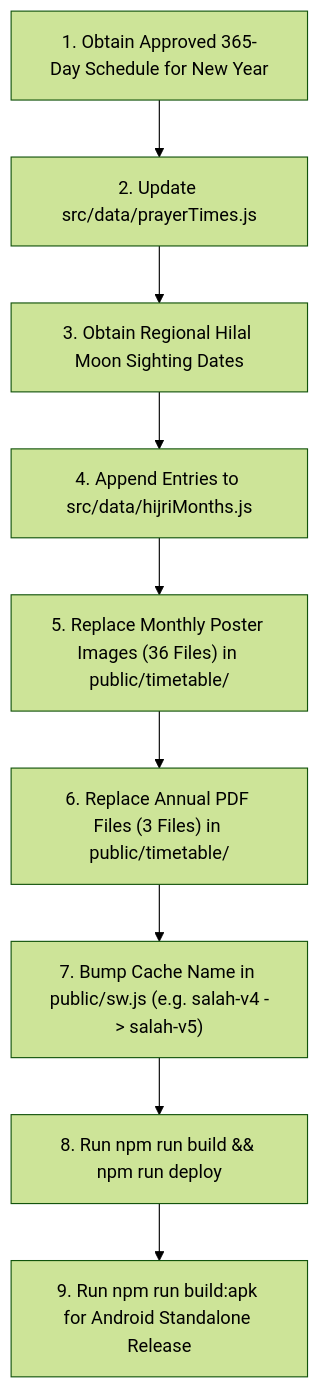
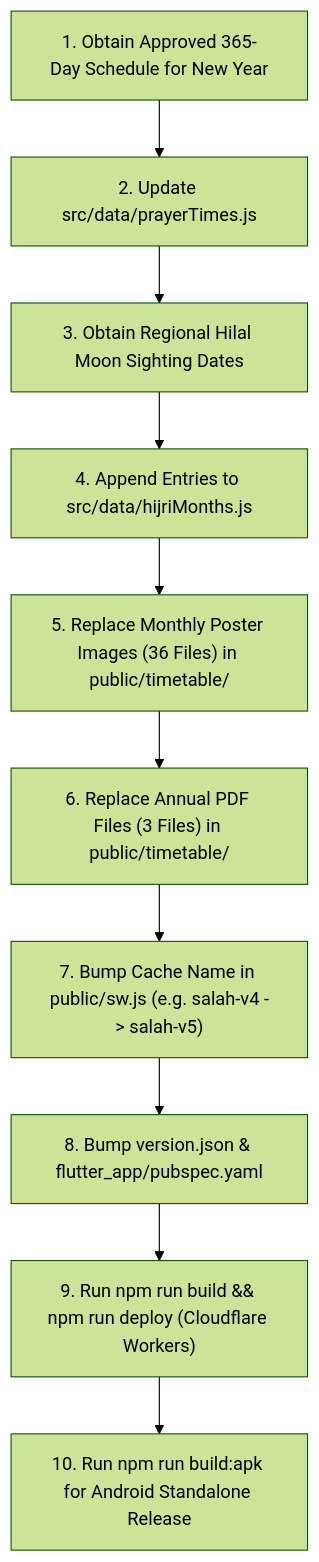
Before and after one commit to Akai-Abd/Osmanabad-Salah-Time: the second of 2 diagrams in Salah-Timing.md, drawn with Mermaid (forest theme). The commit also changed other lines of this file and 1 other file, not shown here.

Commit message:
docs: update README and PRD for version 1.0.2 features and deployment specs

````diff
--- a/Salah-Timing.md
+++ b/Salah-Timing.md
@@ -580,11 +611,12 @@
 ```mermaid
 flowchart TD
     A["1. Obtain Approved 365-Day Schedule for New Year"] --> B["2. Update src/data/prayerTimes.js"]
     B --> C["3. Obtain Regional Hilal Moon Sighting Dates"]
     C --> D["4. Append Entries to src/data/hijriMonths.js"]
     D --> E["5. Replace Monthly Poster Images (36 Files) in public/timetable/"]
     E --> F["6. Replace Annual PDF Files (3 Files) in public/timetable/"]
     F --> G["7. Bump Cache Name in public/sw.js (e.g. salah-v4 -> salah-v5)"]
-    G --> H["8. Run npm run build && npm run deploy"]
-    H --> I["9. Run npm run build:apk for Android Standalone Release"]
+    G --> H["8. Bump version.json & flutter_app/pubspec.yaml"]
+    H --> I["9. Run npm run build && npm run deploy (Cloudflare Workers)"]
+    I --> J["10. Run npm run build:apk for Android Standalone Release"]
 ```
````
